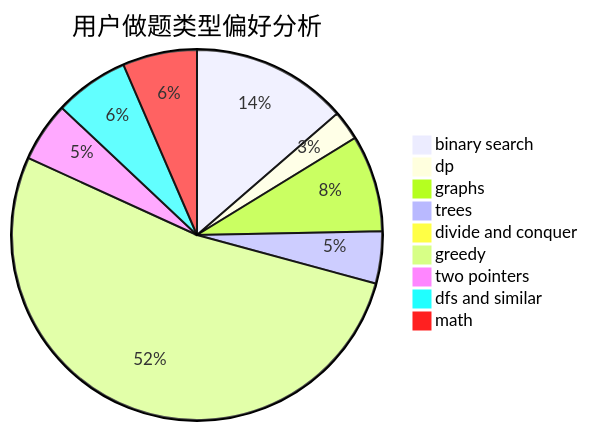
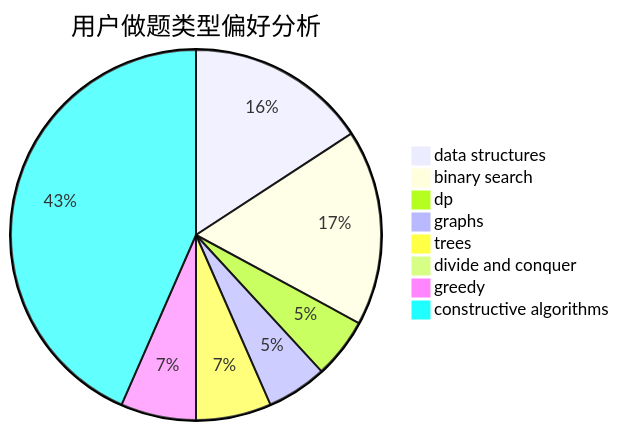
The second of 3 diagrams in docs/user/u969.md (sherpahu/cfrs.github.io), drawn with Mermaid before and after one commit. The commit also changed other lines of this file and 2775 other files, not shown here.

````diff
--- a/docs/user/u969.md
+++ b/docs/user/u969.md
@@ -23,12 +23,11 @@
 ```mermaid
 pie title 用户做题类型偏好分析
-    "binary search" :  21
+    "data structures" :  12
+    "binary search" :  13
     "dp" :  4
-    "graphs" :  13
-    "trees" :  7
-    "divide and conquer" :  1
-    "greedy" :  81
-    "two pointers" :  8
-    "dfs and similar" :  10
-    "math" :  10
+    "graphs" :  4
+    "trees" :  5
+    "divide and conquer" :  0
+    "greedy" :  5
+    "constructive algorithms" :  33
 ```
````
